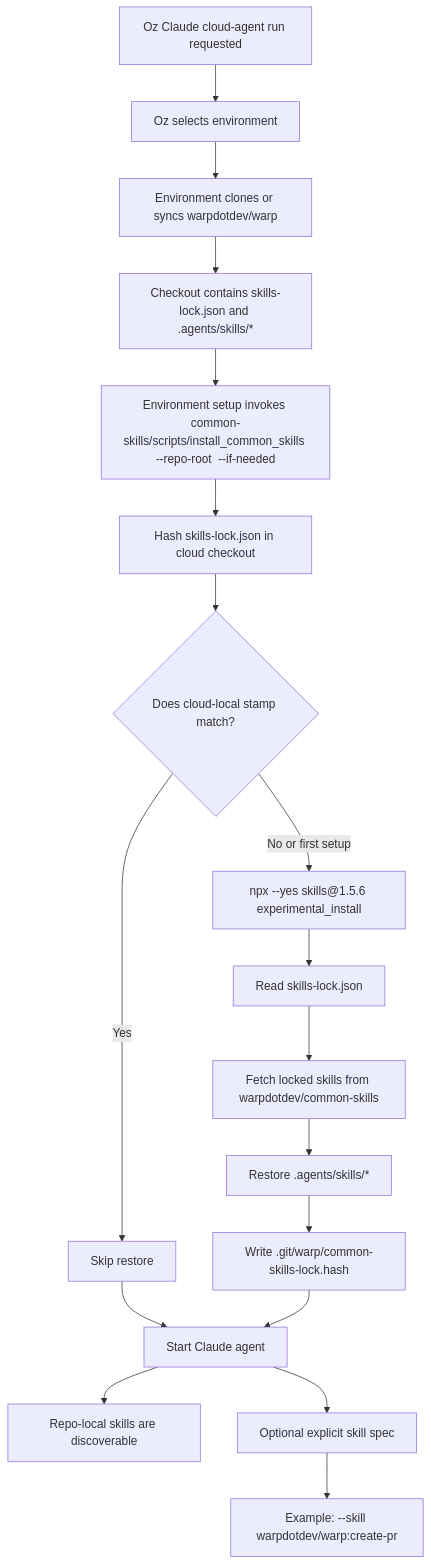
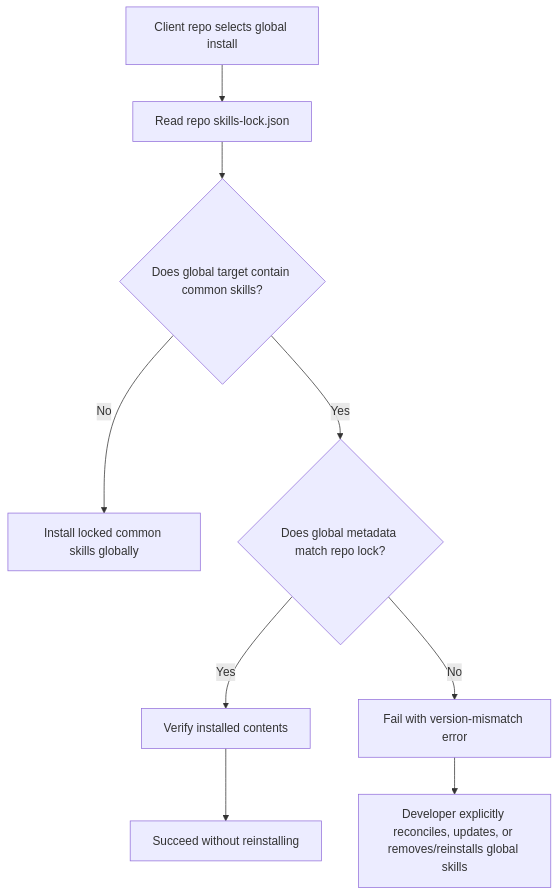
The second of 2 diagrams in specs/common-skills-installation/TECH.md (warpdotdev/Warp), drawn with Mermaid before and after one commit. The commit also changed other lines of this file and 1 other file, not shown here.

Commit message:
Add common skills installation product spec

````diff
--- a/specs/common-skills-installation/TECH.md
+++ b/specs/common-skills-installation/TECH.md
@@ -41,23 +43,11 @@
 ```mermaid
 flowchart TD
-  A["Oz Claude cloud-agent run requested"] --> B["Oz selects environment"]
-  B --> C["Environment clones or syncs warpdotdev/warp"]
-  C --> D["Checkout contains skills-lock.json and .agents/skills/*"]
-
-  D --> E["Environment setup invokes common-skills/scripts/install_common_skills --repo-root <warp-checkout> --if-needed"]
-  E --> F["Hash skills-lock.json in cloud checkout"]
-  F --> G{"Does cloud-local stamp match?"}
-
-  G -->|Yes| H["Skip restore"]
-  G -->|No or first setup| I["npx --yes skills@1.5.6 experimental_install"]
-  I --> J["Read skills-lock.json"]
-  J --> K["Fetch locked skills from warpdotdev/common-skills"]
-  K --> L["Restore .agents/skills/*"]
-  L --> M["Write .git/warp/common-skills-lock.hash"]
-
-  H --> N["Start Claude agent"]
-  M --> N
-  N --> O["Repo-local skills are discoverable"]
-  N --> P["Optional explicit skill spec"]
-  P --> Q["Example: --skill warpdotdev/warp:create-pr"]
+  A["Client repo selects global install"] --> B["Read repo skills-lock.json"]
+  B --> C{"Does global target contain common skills?"}
+  C -->|No| D["Install locked common skills globally"]
+  C -->|Yes| E{"Does global metadata match repo lock?"}
+  E -->|Yes| F["Verify installed contents"]
+  F --> G["Succeed without reinstalling"]
+  E -->|No| H["Fail with version-mismatch error"]
+  H --> I["Developer explicitly reconciles, updates, or removes/reinstalls global skills"]
 ```
````
